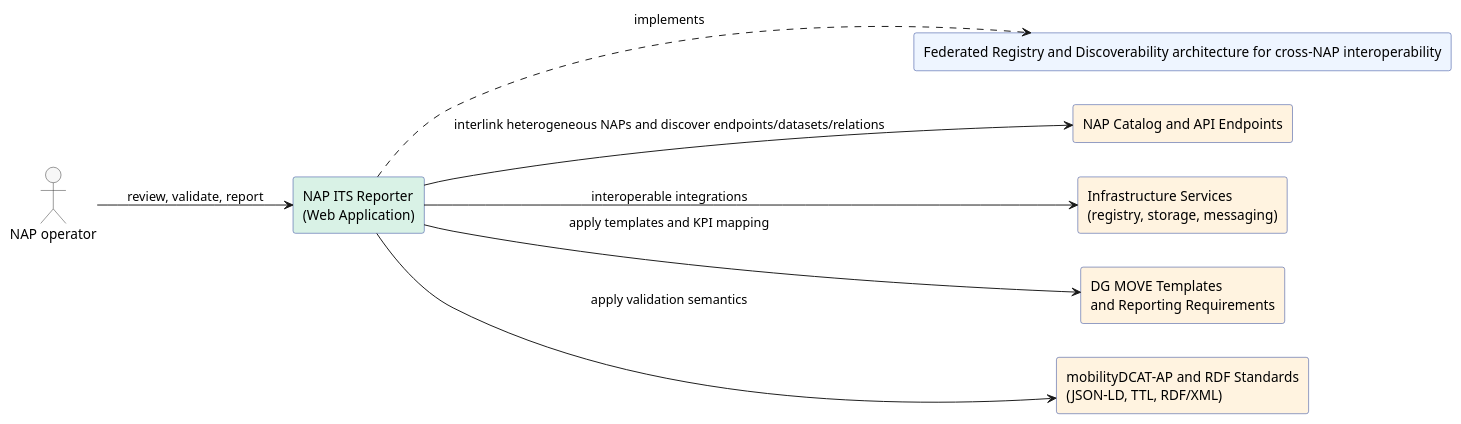
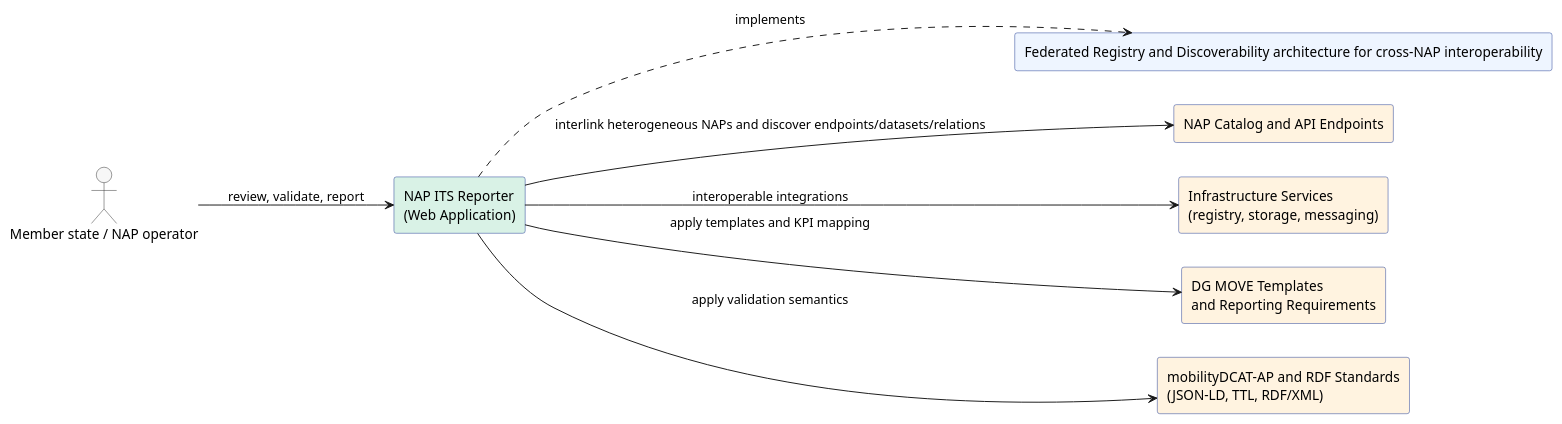
Before and after one commit to UM-KGPI/Napcore-ITS-Reporting: the diagram in docs/architecture/puml/system-context.puml, drawn with PlantUML. The commit also changed 7 other files, not shown here.

Commit message:
Rename stakeholder to Member state / NAP operator

```diff
--- a/docs/architecture/puml/system-context.puml
+++ b/docs/architecture/puml/system-context.puml
@@ -1,34 +1,34 @@
 @startuml
 ' System Context (Level 1)
 skinparam shadowing false
 skinparam componentStyle rectangle
 skinparam packageStyle rectangle
 left to right direction
 
 skinparam rectangle {
   BackgroundColor #eef5ff
   BorderColor #1f3a93
 }
 skinparam actor {
   BackgroundColor #f7f7f7
   BorderColor #333333
 }
 
-actor "NAP operator" as U
+actor "Member state / NAP operator" as U
 
 rectangle "NAP ITS Reporter\n(Web Application)" as APP #d9f2e6
 rectangle "Federated Registry and Discoverability architecture for cross-NAP interoperability" as PATTERN #eef5ff
 
 rectangle "NAP Catalog and API Endpoints" as NAP #fff3e0
 rectangle "Infrastructure Services\n(registry, storage, messaging)" as INFRA #fff3e0
 rectangle "DG MOVE Templates\nand Reporting Requirements" as DGMOVE #fff3e0
 rectangle "mobilityDCAT-AP and RDF Standards\n(JSON-LD, TTL, RDF/XML)" as STD #fff3e0
 
 U --> APP : review, validate, report
 APP ..> PATTERN : implements
 
 APP --> NAP : interlink heterogeneous NAPs and discover endpoints/datasets/relations
 APP --> INFRA : interoperable integrations
 APP --> DGMOVE : apply templates and KPI mapping
 APP --> STD : apply validation semantics
 @enduml
```
